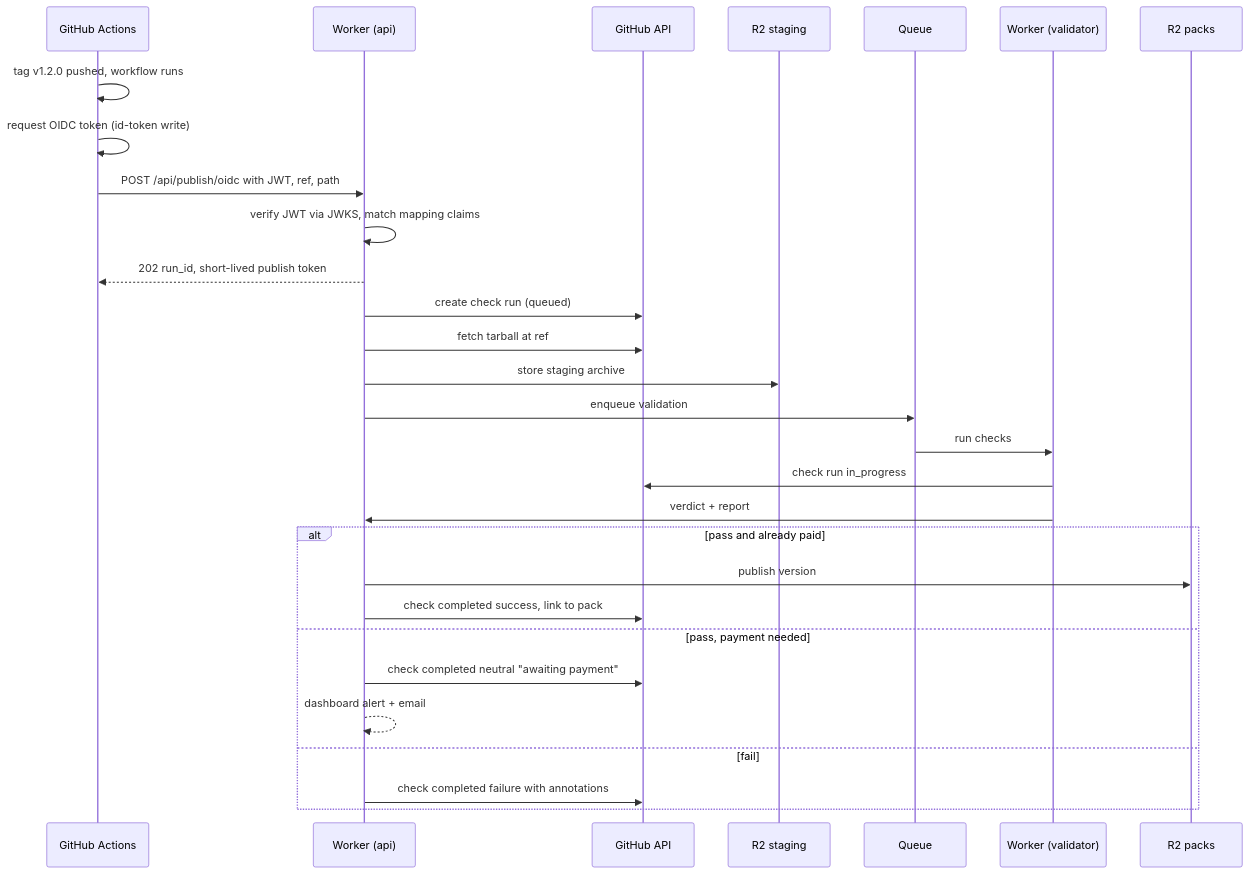
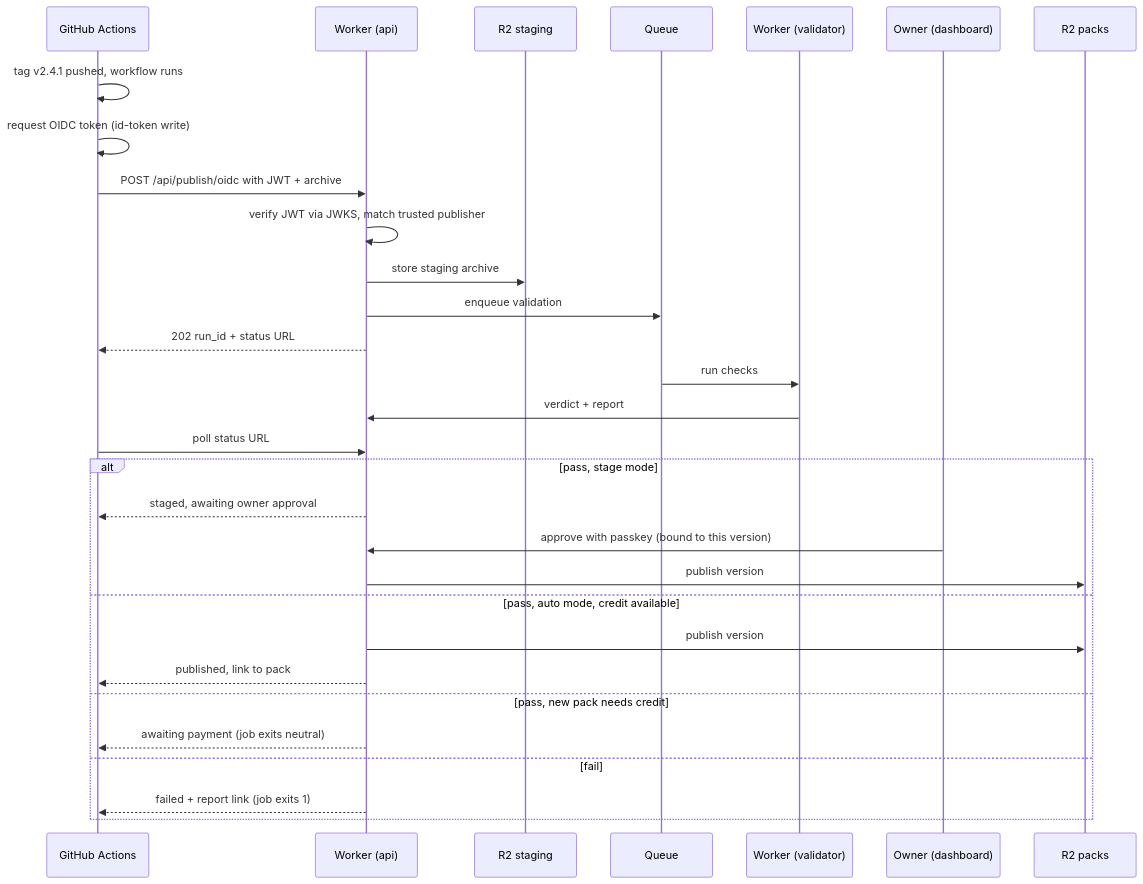
Before and after one commit to Claudinite/PackServer: the sixth of 13 diagrams in docs/ui/flows.md, drawn with Mermaid. The commit also changed other lines of this file and 4 other files, not shown here.

````diff
--- a/docs/ui/flows.md
+++ b/docs/ui/flows.md
@@ -224,31 +239,32 @@
 ```mermaid
 sequenceDiagram
   participant GH as GitHub Actions
   participant W as Worker (api)
-  participant GA as GitHub API
   participant R2s as R2 staging
   participant Q as Queue
   participant V as Worker (validator)
+  participant O as Owner (dashboard)
   participant R2 as R2 packs
-  GH->>GH: tag v1.2.0 pushed, workflow runs
+  GH->>GH: tag v2.4.1 pushed, workflow runs
   GH->>GH: request OIDC token (id-token write)
-  GH->>W: POST /api/publish/oidc with JWT, ref, path
-  W->>W: verify JWT via JWKS, match mapping claims
-  W-->>GH: 202 run_id, short-lived publish token
-  W->>GA: create check run (queued)
-  W->>GA: fetch tarball at ref
+  GH->>W: POST /api/publish/oidc with JWT + archive
+  W->>W: verify JWT via JWKS, match trusted publisher
   W->>R2s: store staging archive
   W->>Q: enqueue validation
+  W-->>GH: 202 run_id + status URL
   Q->>V: run checks
-  V->>GA: check run in_progress
   V->>W: verdict + report
-  alt pass and already paid
+  GH->>W: poll status URL
+  alt pass, stage mode
+    W-->>GH: staged, awaiting owner approval
+    O->>W: approve with passkey (bound to this version)
     W->>R2: publish version
-    W->>GA: check completed success, link to pack
-  else pass, payment needed
-    W->>GA: check completed neutral "awaiting payment"
-    W-->>W: dashboard alert + email
+  else pass, auto mode, credit available
+    W->>R2: publish version
+    W-->>GH: published, link to pack
+  else pass, new pack needs credit
+    W-->>GH: awaiting payment (job exits neutral)
   else fail
-    W->>GA: check completed failure with annotations
+    W-->>GH: failed + report link (job exits 1)
   end
 ```
````
